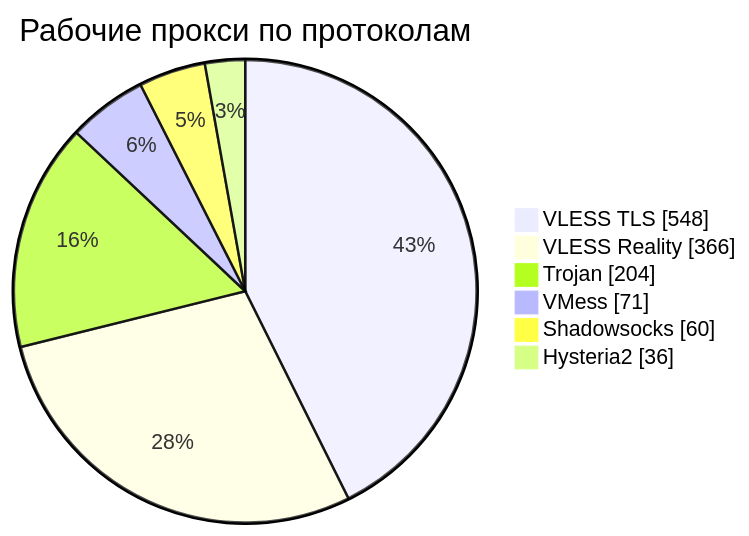
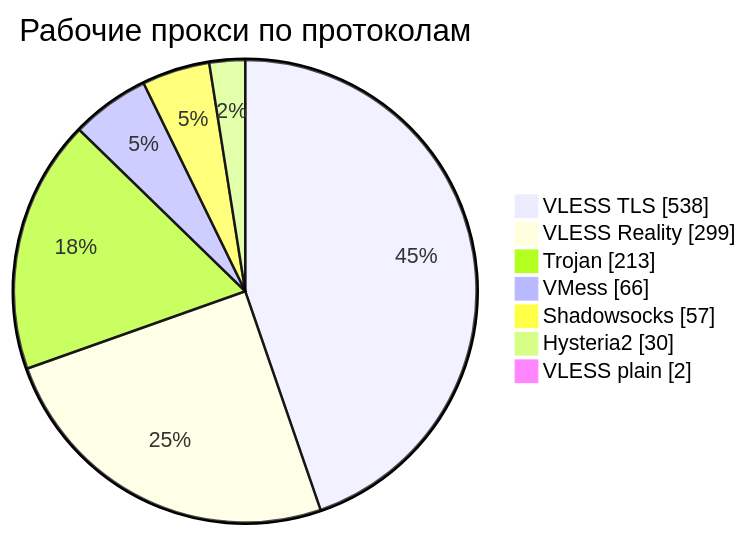
The third of 4 diagrams in README.md (rvvg/proxy-subs), drawn with Mermaid before and after one commit. The commit also changed other lines of this file and 49 other files, not shown here.

````diff
--- a/README.md
+++ b/README.md
@@ -138,10 +135,11 @@
 ```mermaid
 pie showData
     title Рабочие прокси по протоколам
-    "VLESS TLS" : 548
-    "VLESS Reality" : 366
-    "Trojan" : 204
-    "VMess" : 71
-    "Shadowsocks" : 60
-    "Hysteria2" : 36
+    "VLESS TLS" : 538
+    "VLESS Reality" : 299
+    "Trojan" : 213
+    "VMess" : 66
+    "Shadowsocks" : 57
+    "Hysteria2" : 30
+    "VLESS plain" : 2
 ```
````
